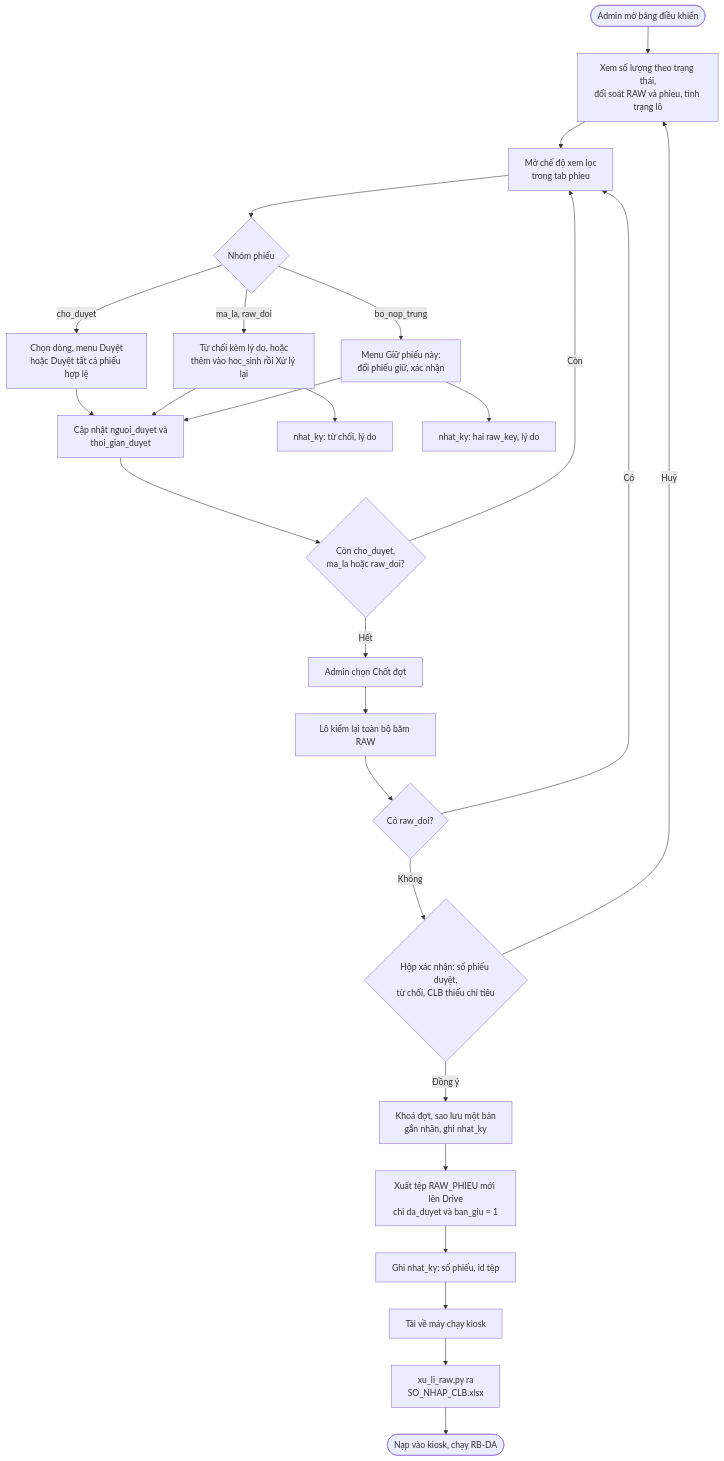
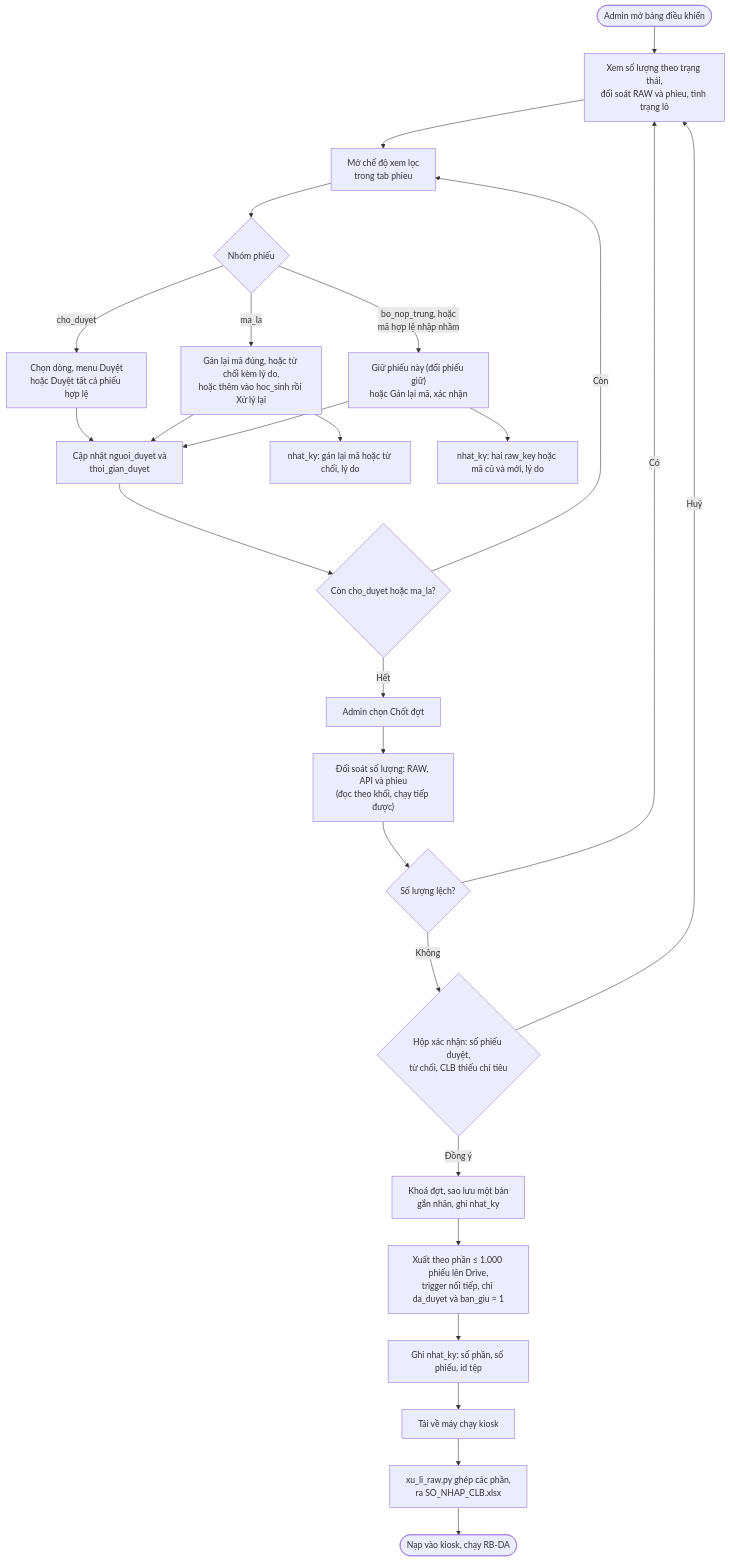
Before and after one commit to nguyenphanvantruong6969-arch/TESTING-DEV: the diagram in docs/he_sinh_thai/anh/c_duyet_xuat.mmd, drawn with Mermaid. The commit also changed 14 other files, not shown here.

First line of the commit message:
T4 sửa vòng 2: khoá bằng ID phản hồi, vòng đời trigger, ghi dở, thông lượng, gán lại mã, xuất theo phần

```diff
--- a/docs/he_sinh_thai/anh/c_duyet_xuat.mmd
+++ b/docs/he_sinh_thai/anh/c_duyet_xuat.mmd
@@ -1,26 +1,26 @@
 flowchart TD
   A(["Admin mở bảng điều khiển"]) --> B["Xem số lượng theo trạng thái,<br/>đối soát RAW và phieu, tình trạng lô"]
   B --> C["Mở chế độ xem lọc<br/>trong tab phieu"]
   C --> D{"Nhóm phiếu"}
   D -->|"cho_duyet"| E["Chọn dòng, menu Duyệt<br/>hoặc Duyệt tất cả phiếu hợp lệ"]
-  D -->|"ma_la, raw_doi"| F["Từ chối kèm lý do, hoặc<br/>thêm vào hoc_sinh rồi Xử lý lại"]
-  D -->|"bo_nop_trung"| G["Menu Giữ phiếu này:<br/>đổi phiếu giữ, xác nhận"]
+  D -->|"ma_la"| F["Gán lại mã đúng, hoặc từ chối kèm lý do,<br/>hoặc thêm vào hoc_sinh rồi Xử lý lại"]
+  D -->|"bo_nop_trung, hoặc<br/>mã hợp lệ nhập nhầm"| G["Giữ phiếu này (đổi phiếu giữ)<br/>hoặc Gán lại mã, xác nhận"]
   E --> H["Cập nhật nguoi_duyet và<br/>thoi_gian_duyet"]
   F --> H
   G --> H
-  F --> NK1["nhat_ky: từ chối, lý do"]
-  G --> NK2["nhat_ky: hai raw_key, lý do"]
-  H --> I{"Còn cho_duyet,<br/>ma_la hoặc raw_doi?"}
+  F --> NK1["nhat_ky: gán lại mã hoặc từ chối, lý do"]
+  G --> NK2["nhat_ky: hai raw_key hoặc mã cũ và mới, lý do"]
+  H --> I{"Còn cho_duyet hoặc ma_la?"}
   I -->|"Còn"| C
   I -->|"Hết"| J["Admin chọn Chốt đợt"]
-  J --> K["Lô kiểm lại toàn bộ băm RAW"]
-  K --> K2{"Có raw_doi?"}
-  K2 -->|"Có"| C
+  J --> K["Đối soát số lượng: RAW, API và phieu<br/>(đọc theo khối, chạy tiếp được)"]
+  K --> K2{"Số lượng lệch?"}
+  K2 -->|"Có"| B
   K2 -->|"Không"| Q{"Hộp xác nhận: số phiếu duyệt,<br/>từ chối, CLB thiếu chỉ tiêu"}
   Q -->|"Huỷ"| B
   Q -->|"Đồng ý"| L["Khoá đợt, sao lưu một bản<br/>gắn nhãn, ghi nhat_ky"]
-  L --> M["Xuất tệp RAW_PHIEU mới lên Drive<br/>chỉ da_duyet và ban_giu = 1"]
-  M --> M2["Ghi nhat_ky: số phiếu, id tệp"]
+  L --> M["Xuất theo phần ≤ 1.000 phiếu lên Drive,<br/>trigger nối tiếp, chỉ da_duyet và ban_giu = 1"]
+  M --> M2["Ghi nhat_ky: số phần, số phiếu, id tệp"]
   M2 --> N["Tải về máy chạy kiosk"]
-  N --> O["xu_li_raw.py ra<br/>SO_NHAP_CLB.xlsx"]
+  N --> O["xu_li_raw.py ghép các phần,<br/>ra SO_NHAP_CLB.xlsx"]
   O --> P(["Nạp vào kiosk, chạy RB-DA"])
```
